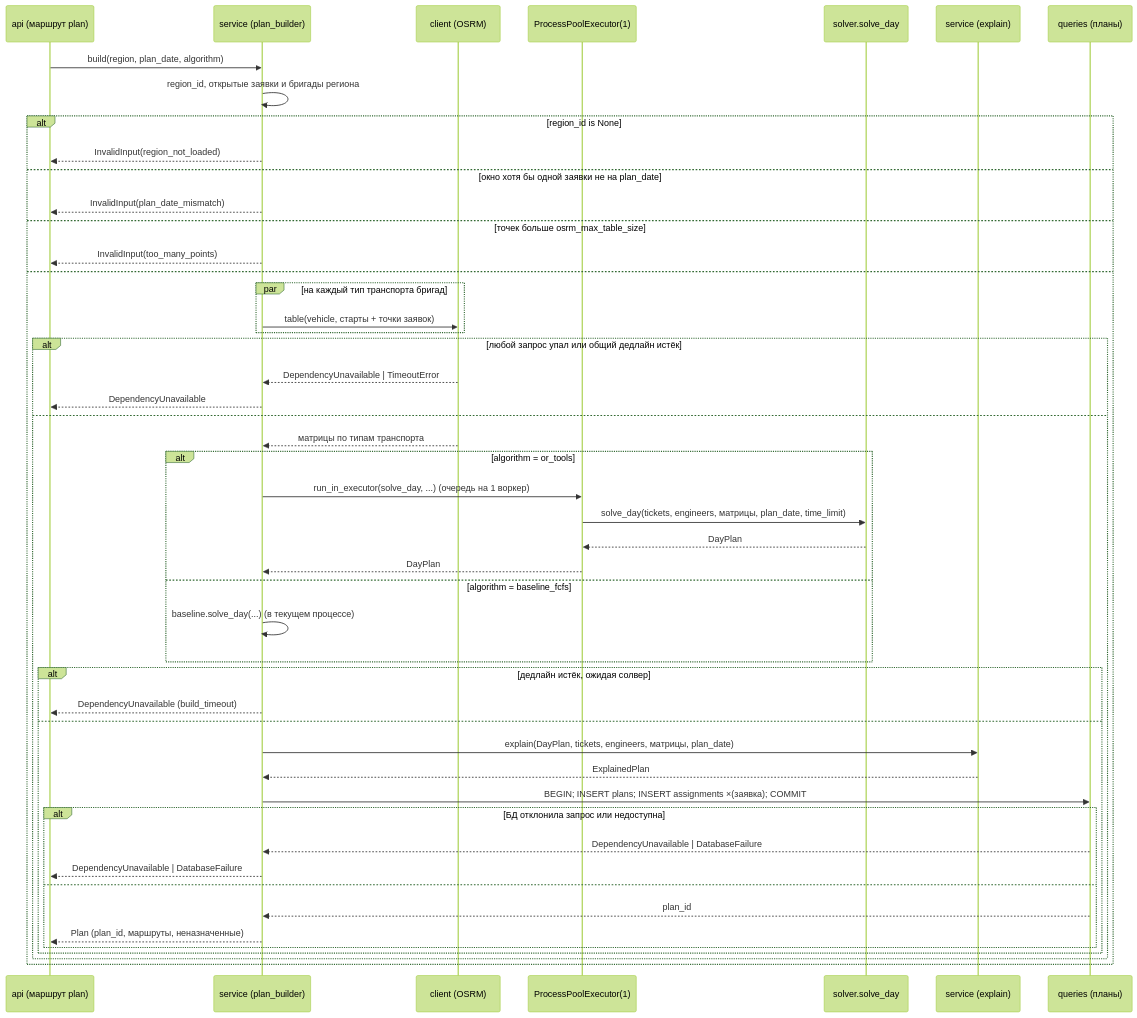
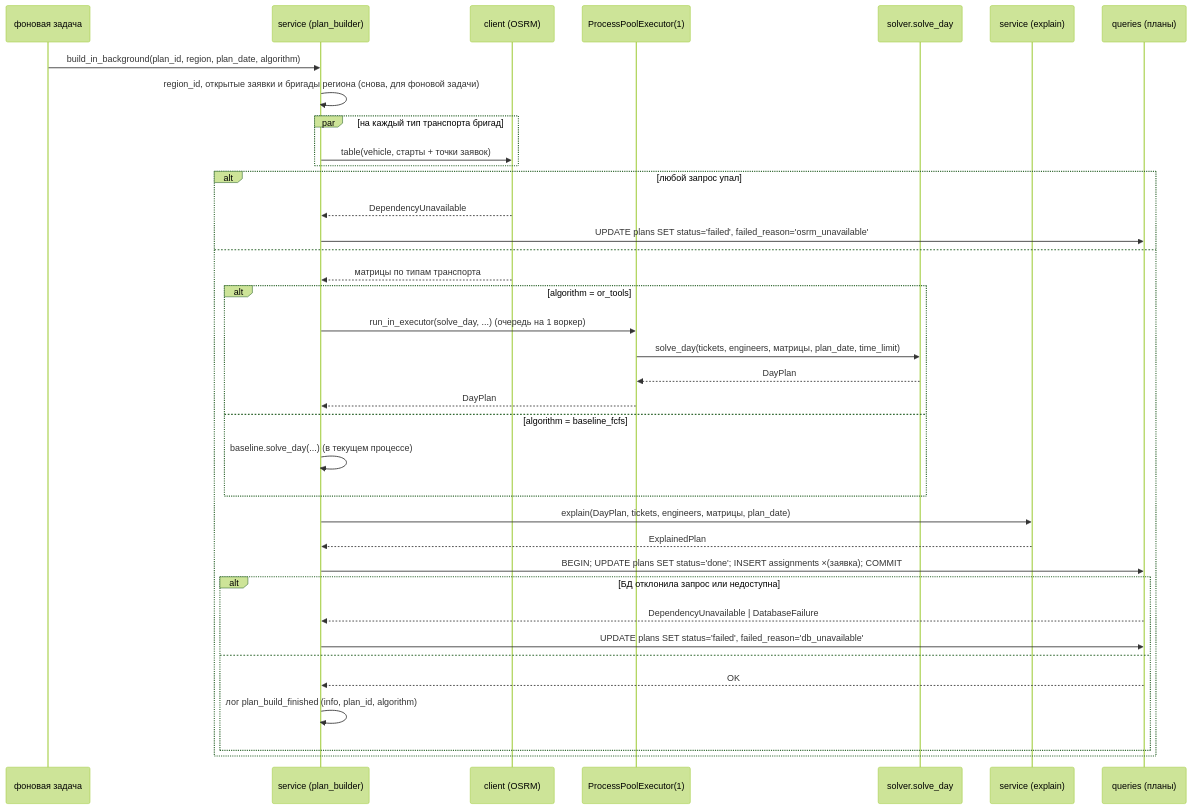
Before and after one commit to vseminoy/engineer_route_plan: the fifth of 6 diagrams in back/src/service/sequence_diagrams.md, drawn with Mermaid (forest theme). The commit also changed other lines of this file and 4 other files, not shown here.

Commit message:
docs: align docs/specs with async plan-build design

````diff
--- a/back/src/service/sequence_diagrams.md
+++ b/back/src/service/sequence_diagrams.md
@@ -594,52 +605,40 @@
 ```mermaid
 sequenceDiagram
-    participant API as api (маршрут plan)
+    participant BG as фоновая задача
     participant Builder as service (plan_builder)
     participant OSRM as client (OSRM)
     participant Pool as ProcessPoolExecutor(1)
     participant Solver as solver.solve_day
     participant Explain as service (explain)
     participant Repo as queries (планы)
 
-    API->>Builder: build(region, plan_date, algorithm)
-    Builder->>Builder: region_id, открытые заявки и бригады региона
-    alt region_id is None
-        Builder-->>API: InvalidInput(region_not_loaded)
-    else окно хотя бы одной заявки не на plan_date
-        Builder-->>API: InvalidInput(plan_date_mismatch)
-    else точек больше osrm_max_table_size
-        Builder-->>API: InvalidInput(too_many_points)
+    BG->>Builder: build_in_background(plan_id, region, plan_date, algorithm)
+    Builder->>Builder: region_id, открытые заявки и бригады региона (снова, для фоновой задачи)
+    par на каждый тип транспорта бригад
+        Builder->>OSRM: table(vehicle, старты + точки заявок)
+    end
+    alt любой запрос упал
+        OSRM-->>Builder: DependencyUnavailable
+        Builder->>Repo: UPDATE plans SET status='failed', failed_reason='osrm_unavailable'
     else
-        par на каждый тип транспорта бригад
-            Builder->>OSRM: table(vehicle, старты + точки заявок)
+        OSRM-->>Builder: матрицы по типам транспорта
+        alt algorithm = or_tools
+            Builder->>Pool: run_in_executor(solve_day, ...) (очередь на 1 воркер)
+            Pool->>Solver: solve_day(tickets, engineers, матрицы, plan_date, time_limit)
+            Solver-->>Pool: DayPlan
+            Pool-->>Builder: DayPlan
+        else algorithm = baseline_fcfs
+            Builder->>Builder: baseline.solve_day(...) (в текущем процессе)
         end
-        alt любой запрос упал или общий дедлайн истёк
-            OSRM-->>Builder: DependencyUnavailable | TimeoutError
-            Builder-->>API: DependencyUnavailable
+        Builder->>Explain: explain(DayPlan, tickets, engineers, матрицы, plan_date)
+        Explain-->>Builder: ExplainedPlan
+        Builder->>Repo: BEGIN#59; UPDATE plans SET status='done'#59; INSERT assignments ×(заявка)#59; COMMIT
+        alt БД отклонила запрос или недоступна
+            Repo-->>Builder: DependencyUnavailable | DatabaseFailure
+            Builder->>Repo: UPDATE plans SET status='failed', failed_reason='db_unavailable'
         else
-            OSRM-->>Builder: матрицы по типам транспорта
-            alt algorithm = or_tools
-                Builder->>Pool: run_in_executor(solve_day, ...) (очередь на 1 воркер)
-                Pool->>Solver: solve_day(tickets, engineers, матрицы, plan_date, time_limit)
-                Solver-->>Pool: DayPlan
-                Pool-->>Builder: DayPlan
-            else algorithm = baseline_fcfs
-                Builder->>Builder: baseline.solve_day(...) (в текущем процессе)
-            end
-            alt дедлайн истёк, ожидая солвер
-                Builder-->>API: DependencyUnavailable (build_timeout)
-            else
-                Builder->>Explain: explain(DayPlan, tickets, engineers, матрицы, plan_date)
-                Explain-->>Builder: ExplainedPlan
-                Builder->>Repo: BEGIN#59; INSERT plans#59; INSERT assignments ×(заявка)#59; COMMIT
-                alt БД отклонила запрос или недоступна
-                    Repo-->>Builder: DependencyUnavailable | DatabaseFailure
-                    Builder-->>API: DependencyUnavailable | DatabaseFailure
-                else
-                    Repo-->>Builder: plan_id
-                    Builder-->>API: Plan (plan_id, маршруты, неназначенные)
-                end
-            end
+            Repo-->>Builder: OK
+            Builder->>Builder: лог plan_build_finished (info, plan_id, algorithm)
         end
     end
 ```
````
